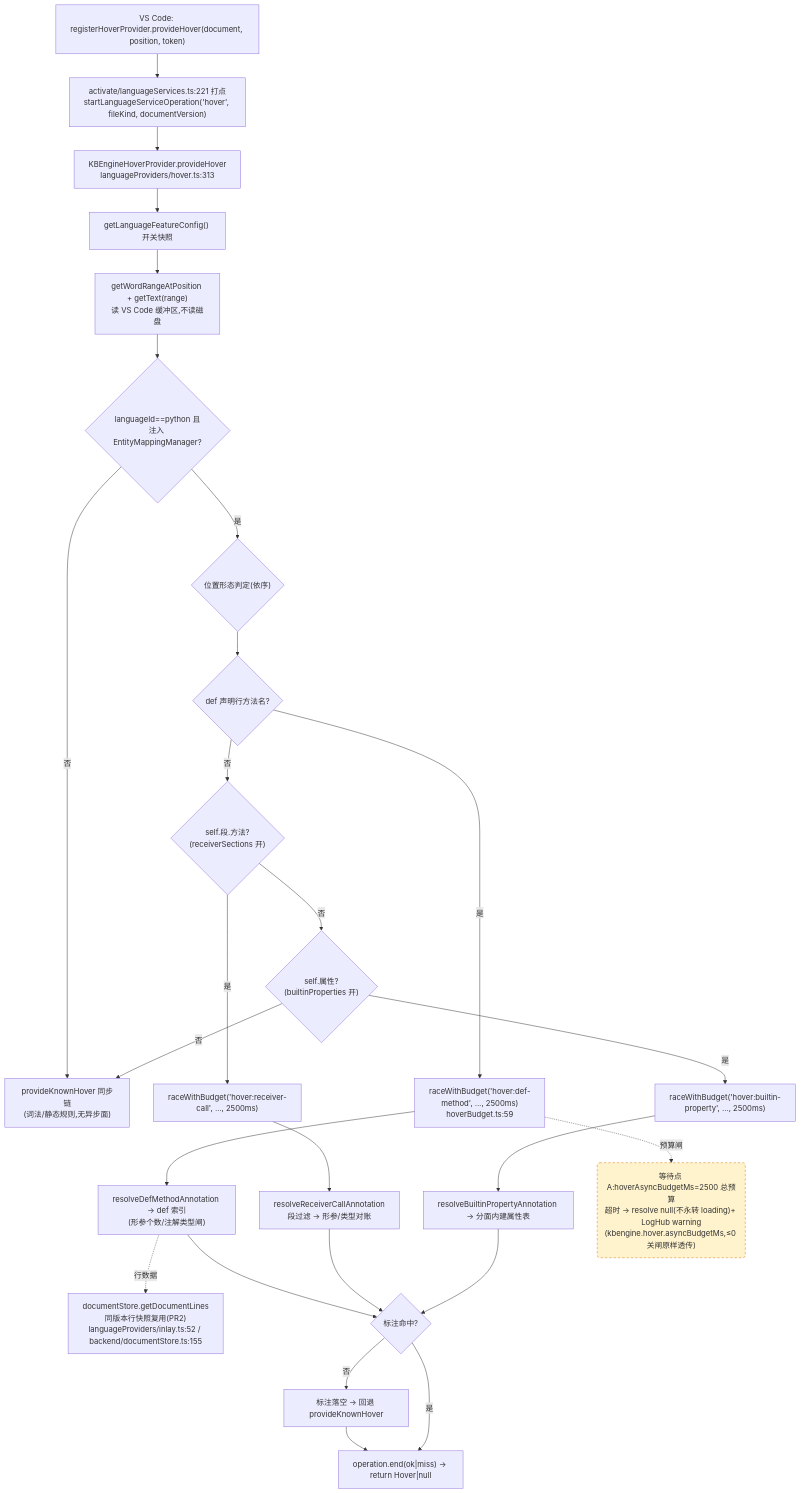
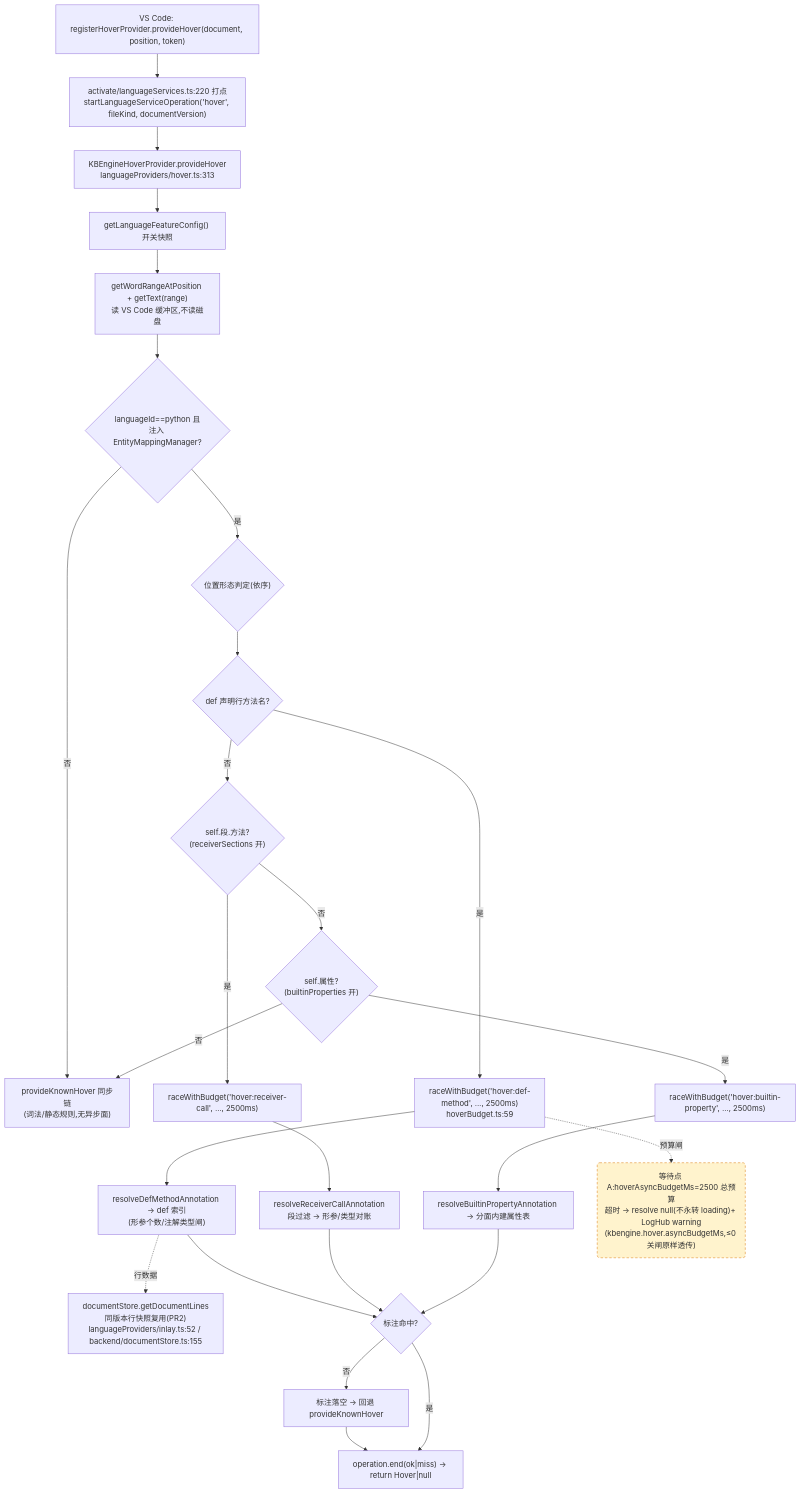
Before and after one commit to cuihairu/kode: the first of 4 diagrams in docs/perf/2026-baseline.md, drawn with Mermaid. The commit also changed other lines of this file and 9 other files, not shown here.

````diff
--- a/docs/perf/2026-baseline.md
+++ b/docs/perf/2026-baseline.md
@@ -100,45 +100,45 @@
 ```mermaid
 flowchart TD
   VC1["VS Code: registerHoverProvider.provideHover(document, position, token)"]
-  M1["activate/languageServices.ts:221 打点<br/>startLanguageServiceOperation('hover', fileKind, documentVersion)"]
+  M1["activate/languageServices.ts:220 打点<br/>startLanguageServiceOperation('hover', fileKind, documentVersion)"]
   HP["KBEngineHoverProvider.provideHover<br/>languageProviders/hover.ts:313"]
   CFG["getLanguageFeatureConfig() 开关快照"]
   WORD["getWordRangeAtPosition + getText(range)<br/>读 VS Code 缓冲区,不读磁盘"]
   BR{"languageId==python 且<br/>注入 EntityMappingManager?"}
   KN["provideKnownHover 同步链<br/>(词法/静态规则,无异步面)"]
   POS{"位置形态判定(依序)"}
   D1{"def 声明行方法名?"}
   D2{"self.段.方法?<br/>(receiverSections 开)"}
   D3{"self.属性?<br/>(builtinProperties 开)"}
   RA1["raceWithBudget('hover:def-method', …, 2500ms)<br/>hoverBudget.ts:59"]
   RA2["raceWithBudget('hover:receiver-call', …, 2500ms)"]
   RA3["raceWithBudget('hover:builtin-property', …, 2500ms)"]
   RS1["resolveDefMethodAnnotation → def 索引<br/>(形参个数/注解类型闸)"]
   RS2["resolveReceiverCallAnnotation<br/>段过滤 → 形参/类型对账"]
   RS3["resolveBuiltinPropertyAnnotation → 分面内建属性表"]
   LINES["documentStore.getDocumentLines<br/>同版本行快照复用(PR2)<br/>languageProviders/inlay.ts:52 / backend/documentStore.ts:155"]
   MISS["标注落空 → 回退 provideKnownHover"]
   END1["operation.end(ok|miss) → return Hover|null"]
 
   VC1 --> M1 --> HP --> CFG --> WORD --> BR
   BR -- "否" --> KN
   BR -- "是" --> POS --> D1
   D1 -- "是" --> RA1 --> RS1
   D1 -- "否" --> D2
   D2 -- "是" --> RA2 --> RS2
   D2 -- "否" --> D3
   D3 -- "是" --> RA3 --> RS3
   D3 -- "否" --> KN
   RS1 --> HIT{"标注命中?"}
   RS2 --> HIT
   RS3 --> HIT
   RS1 -.->|行数据| LINES
   HIT -- "否" --> MISS --> END1
   HIT -- "是" --> END1
 
   WAITA("等待点 A:hoverAsyncBudgetMs=2500 总预算<br/>超时 → resolve null(不永转 loading)+ LogHub warning<br/>(kbengine.hover.asyncBudgetMs,≤0 关闸原样透传)")
   RA1 -.->|预算闸| WAITA
 
   classDef waitPoint fill:#fff3cd,stroke:#d97706,stroke-dasharray:5 4;
   class WAITA waitPoint;
 ```
````
